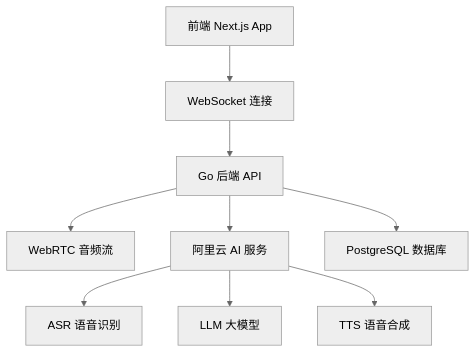
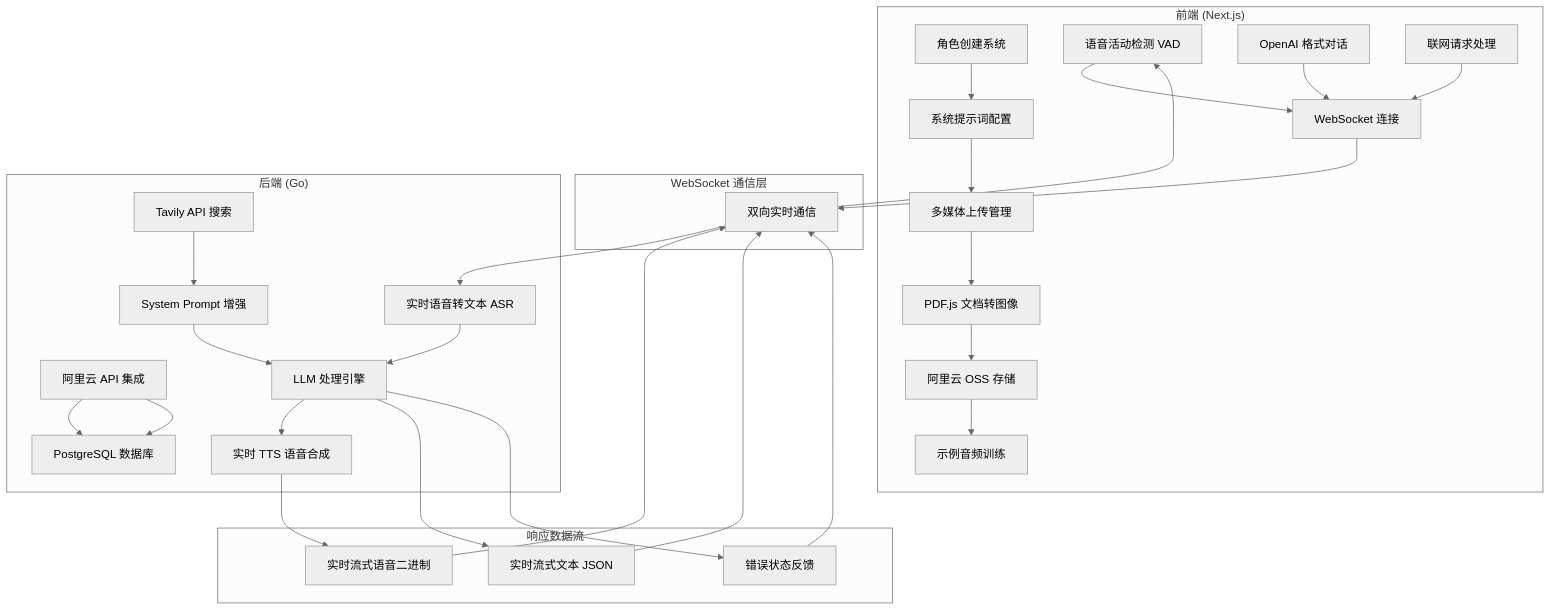
One commit to CORCTON/EchoMe changed the diagram in README.md. Above: the diagram before and after it, drawn with Mermaid (neutral theme). The commit also changed other lines of this file, not shown here.

````diff
--- a/README.md
+++ b/README.md
@@ -12,11 +12,42 @@
 ```mermaid
 graph TB
-    A[前端 Next.js App] --> B[WebSocket 连接]
-    B --> C[Go 后端 API]
-    C --> D[WebRTC 音频流]
-    C --> E[阿里云 AI 服务]
-    C --> F[PostgreSQL 数据库]
-    E --> G[ASR 语音识别]
-    E --> H[LLM 大模型]
-    E --> I[TTS 语音合成]
+    subgraph "前端 (Next.js)"
+        A1[角色创建系统] --> A2[系统提示词配置]
+        A2 --> A3[多媒体上传管理]
+        A3 --> A31[PDF.js 文档转图像]
+        A31 --> A32[阿里云 OSS 存储]
+        A32 --> A4[示例音频训练]
+        A5[语音活动检测 VAD] --> A6[WebSocket 连接]
+        A7[OpenAI 格式对话] --> A6
+        A8[联网请求处理] --> A6
+    end
+    
+    subgraph "WebSocket 通信层"
+        WS[双向实时通信]
+    end
+    
+    subgraph "后端 (Go)"
+        B1[阿里云 API 集成] --> B2[PostgreSQL 数据库]
+        B3[实时语音转文本 ASR] --> B4[LLM 处理引擎]
+        B4 --> B5[实时 TTS 语音合成]
+        B6[Tavily API 搜索] --> B7[System Prompt 增强]
+        B7 --> B4
+    end
+    
+    subgraph "响应数据流"
+        C1[实时流式文本 JSON]
+        C2[实时流式语音二进制]
+        C3[错误状态反馈]
+    end
+    
+    A6 --> WS
+    WS --> B3
+    B1 --> B2
+    B4 --> C1
+    B5 --> C2
+    B4 --> C3
+    C1 --> WS
+    C2 --> WS 
+    C3 --> WS
+    WS --> A5
 ```
````
